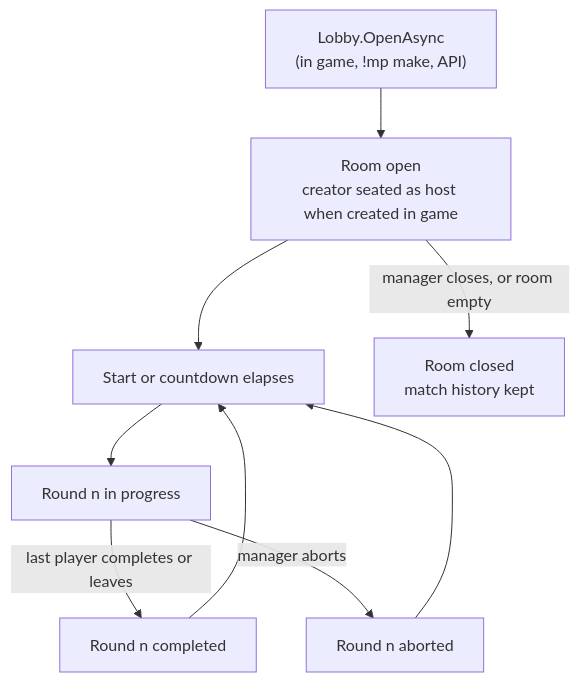
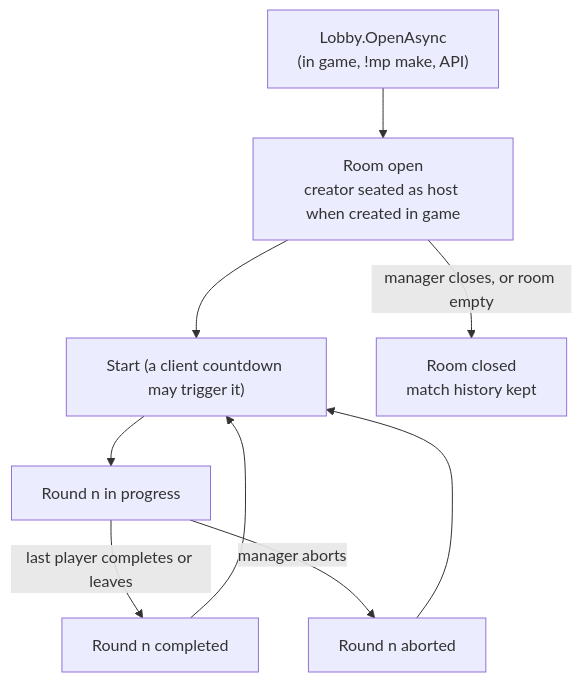
The first of 2 diagrams in docs/for-developers/multiplayer.md (thnhmai06/osuBasil), drawn with Mermaid before and after one commit. The commit also changed other lines of this file and 7 other files, not shown here.

````diff
--- a/docs/for-developers/multiplayer.md
+++ b/docs/for-developers/multiplayer.md
@@ -121,11 +121,11 @@
 ```mermaid
 flowchart TD
     open["Lobby.OpenAsync<br/>(in game, !mp make, API)"] --> room["Room open<br/>creator seated as host when created in game"]
-    room --> start["Start or countdown elapses"]
+    room --> start["Start (a client countdown may trigger it)"]
     start --> round["Round n in progress"]
     round -->|"last player completes or leaves"| done["Round n completed"]
     round -->|"manager aborts"| aborted["Round n aborted"]
     done --> start
     aborted --> start
     room -->|"manager closes, or room empty"| closed["Room closed<br/>match history kept"]
 ```
````
